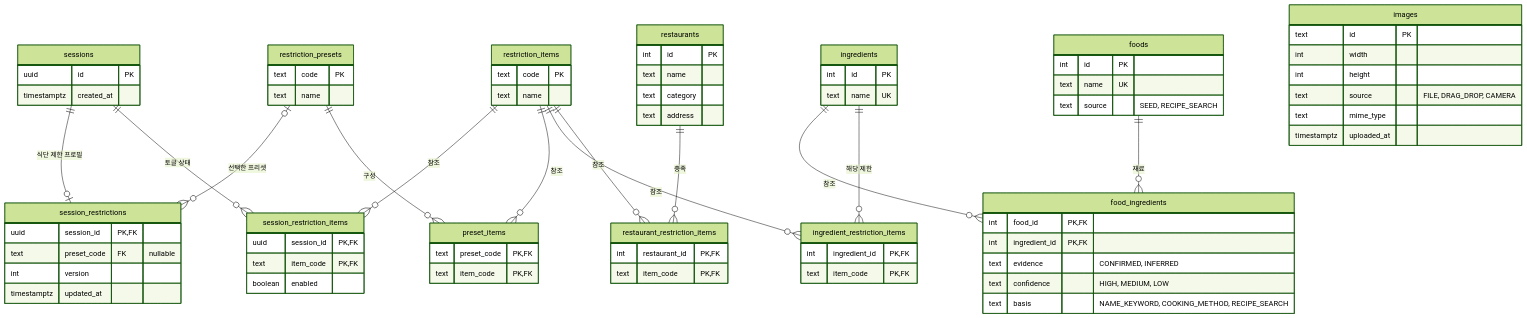
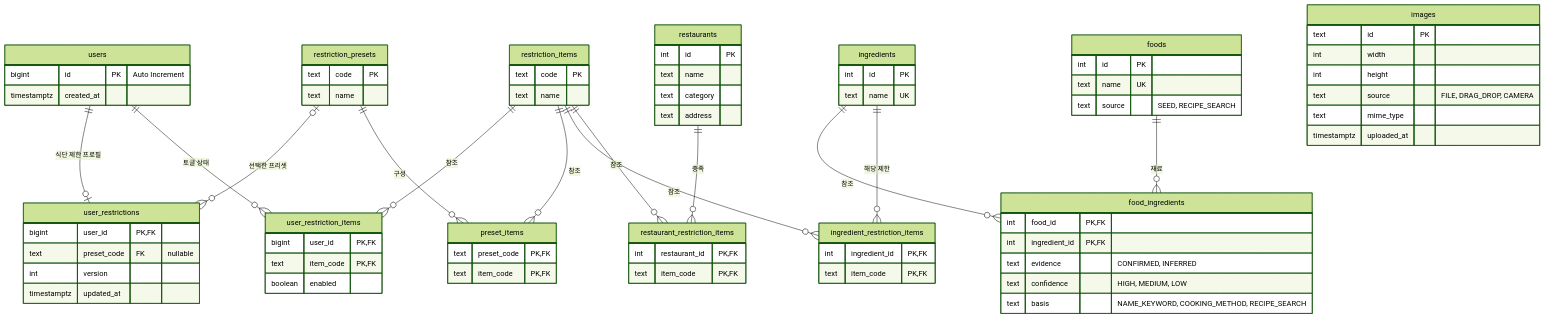
One commit to lyudongwon/NULL-SUMTECH changed the diagram in docs/erd.md. Above: the diagram before and after it, drawn with Mermaid (forest theme). The commit also changed other lines of this file and 5 other files, not shown here.

First line of the commit message:
docs: 사용자 식별자를 Auto Increment user_id로 통일 (계약 변경)

````diff
--- a/docs/erd.md
+++ b/docs/erd.md
@@ -13,81 +13,81 @@
 ```mermaid
 erDiagram
-    sessions ||--o| session_restrictions : "식단 제한 프로필"
-    sessions ||--o{ session_restriction_items : "토글 상태"
-    restriction_presets |o--o{ session_restrictions : "선택한 프리셋"
-    restriction_items ||--o{ session_restriction_items : "참조"
+    users ||--o| user_restrictions : "식단 제한 프로필"
+    users ||--o{ user_restriction_items : "토글 상태"
+    restriction_presets |o--o{ user_restrictions : "선택한 프리셋"
+    restriction_items ||--o{ user_restriction_items : "참조"
     restriction_presets ||--o{ preset_items : "구성"
     restriction_items ||--o{ preset_items : "참조"
     foods ||--o{ food_ingredients : "재료"
     ingredients ||--o{ food_ingredients : "참조"
     ingredients ||--o{ ingredient_restriction_items : "해당 제한"
     restriction_items ||--o{ ingredient_restriction_items : "참조"
     restaurants ||--o{ restaurant_restriction_items : "충족"
     restriction_items ||--o{ restaurant_restriction_items : "참조"
 
-    sessions {
-        uuid id PK
+    users {
+        bigint id PK "Auto Increment"
         timestamptz created_at
     }
-    session_restrictions {
-        uuid session_id PK, FK
+    user_restrictions {
+        bigint user_id PK, FK
         text preset_code FK "nullable"
         int version
         timestamptz updated_at
     }
-    session_restriction_items {
-        uuid session_id PK, FK
+    user_restriction_items {
+        bigint user_id PK, FK
         text item_code PK, FK
         boolean enabled
     }
     restriction_presets {
         text code PK
         text name
     }
     restriction_items {
         text code PK
         text name
     }
     preset_items {
         text preset_code PK, FK
         text item_code PK, FK
     }
     images {
         text id PK
         int width
         int height
         text source "FILE, DRAG_DROP, CAMERA"
         text mime_type
         timestamptz uploaded_at
     }
     foods {
         int id PK
         text name UK
         text source "SEED, RECIPE_SEARCH"
     }
     ingredients {
         int id PK
         text name UK
     }
     food_ingredients {
         int food_id PK, FK
         int ingredient_id PK, FK
         text evidence "CONFIRMED, INFERRED"
         text confidence "HIGH, MEDIUM, LOW"
         text basis "NAME_KEYWORD, COOKING_METHOD, RECIPE_SEARCH"
     }
     ingredient_restriction_items {
         int ingredient_id PK, FK
         text item_code PK, FK
     }
     restaurants {
         int id PK
         text name
         text category
         text address
     }
     restaurant_restriction_items {
         int restaurant_id PK, FK
         text item_code PK, FK
     }
 ```
````
